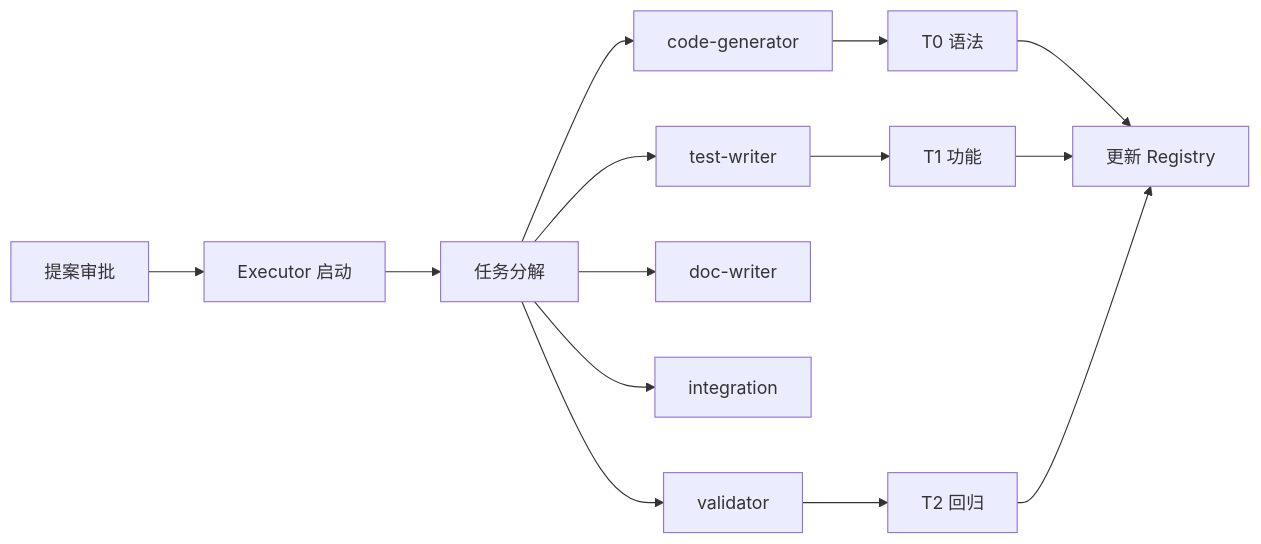
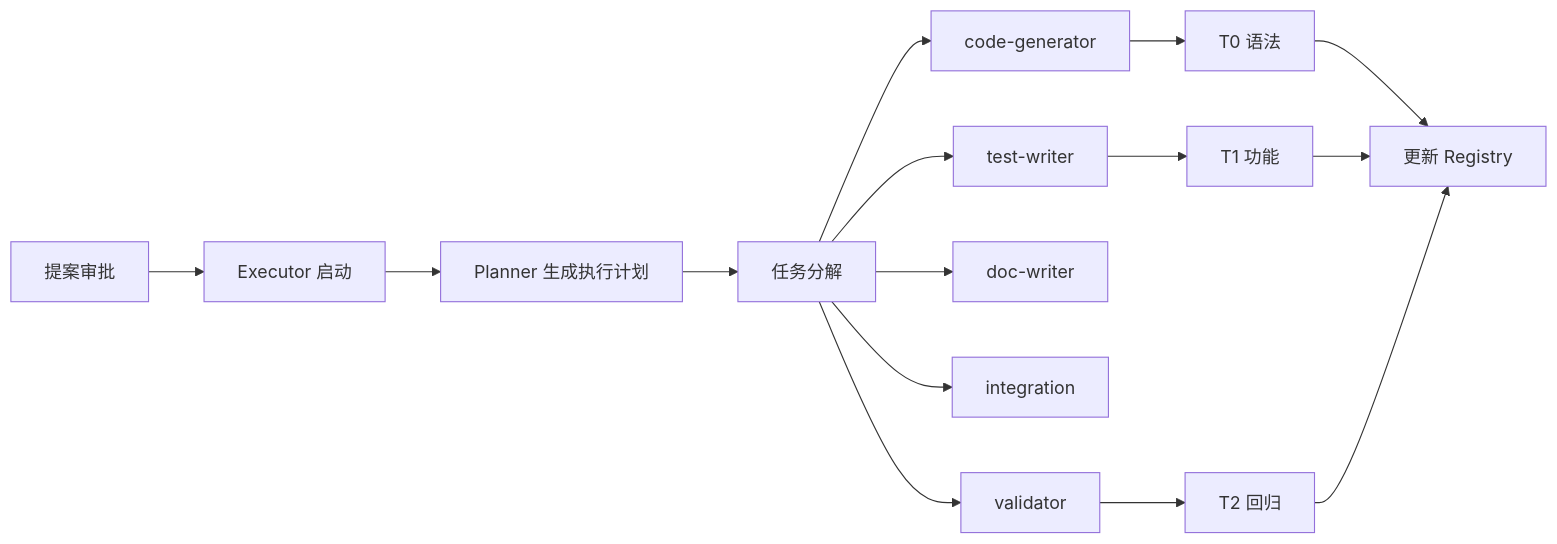
The second of 2 diagrams in README.md (Across2005/harness-self-evolution-plugin), drawn with Mermaid before and after one commit. The commit also changed other lines of this file and 12 other files, not shown here.

````diff
--- a/README.md
+++ b/README.md
@@ -434,16 +437,17 @@
 ```mermaid
 flowchart LR
     P[提案审批] --> E[Executor 启动]
-    E --> D[任务分解]
+    E --> PL[Planner 生成执行计划]
+    PL --> D[任务分解]
     D --> CG[code-generator]
     D --> TW[test-writer]
     D --> DW[doc-writer]
     D --> IT[integration]
     D --> VA[validator]
     CG --> T0[T0 语法]
     TW --> T1[T1 功能]
     VA --> T2[T2 回归]
     T0 --> R[更新 Registry]
     T1 --> R
     T2 --> R
 ```
````
